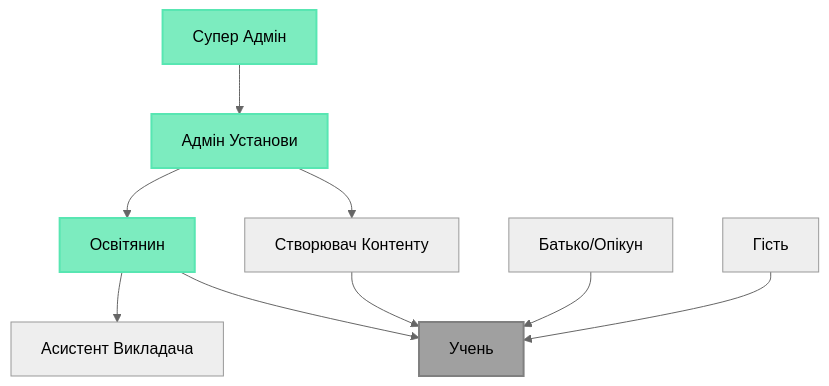
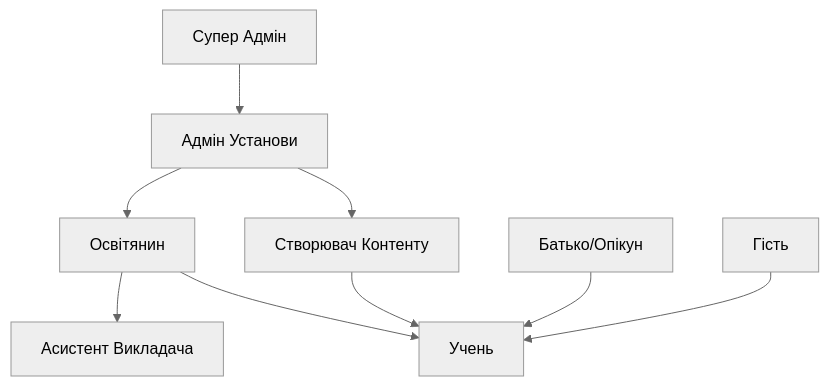
The diagram in i18n/uk/docusaurus-plugin-content-docs/current/roles-permissions.md (ivmarch/geniverse-docs), drawn with Mermaid (neutral theme) before and after one commit. The commit also changed 11 other files, not shown here.

Commit message:
Refactor System Architecture diagram with improved layout and add component descriptions

````diff
--- a/i18n/uk/docusaurus-plugin-content-docs/current/roles-permissions.md
+++ b/i18n/uk/docusaurus-plugin-content-docs/current/roles-permissions.md
@@ -7,16 +7,12 @@
 ```mermaid
 graph TD
     A[Супер Адмін] --> B[Адмін Установи]
     B --> C[Освітянин]
     B --> D[Створювач Контенту]
     C --> E[Учень]
     C --> F[Асистент Викладача]
     D --> E
     G[Батько/Опікун] --> E
     H[Гість] --> E
     
-    style A fill:#7CECBF,stroke:#58E6B2,stroke-width:2px
-    style B fill:#7CECBF,stroke:#58E6B2,stroke-width:2px
-    style C fill:#7CECBF,stroke:#58E6B2,stroke-width:2px
-    style E fill:#A0A0A0,stroke:#808080,stroke-width:2px
 ```
````
